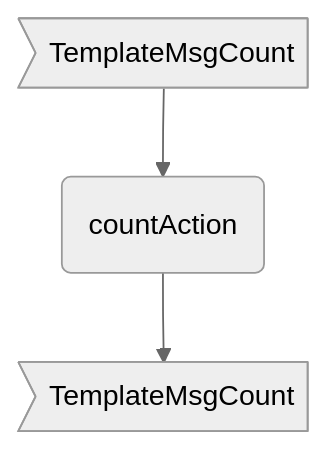
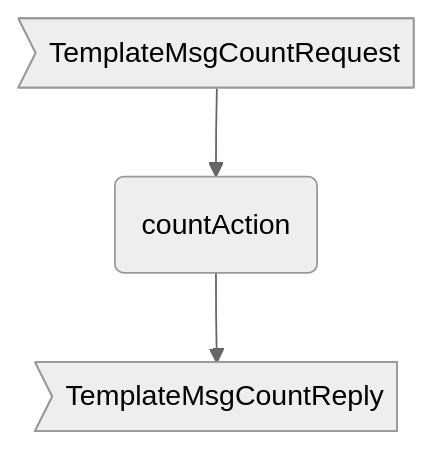
The second of 2 diagrams in docs/arch/node/engines/ticker_behaviour.juvix.md (anoma/nspec), drawn with Mermaid (neutral theme) before and after one commit. The commit also changed other lines of this file and 1 other file, not shown here.

Commit message:
Template & Ticker Behaviour: improve examples

````diff
--- a/docs/arch/node/engines/ticker_behaviour.juvix.md
+++ b/docs/arch/node/engines/ticker_behaviour.juvix.md
@@ -203,8 +206,8 @@
 ```mermaid
 flowchart TD
-  CM>TemplateMsgCount]
+  CM>TemplateMsgCountRequest]
   A(countAction)
-  EM>TemplateMsgCount]
+  EM>TemplateMsgCountReply]
 
   CM --> A --> EM
 ```
````
